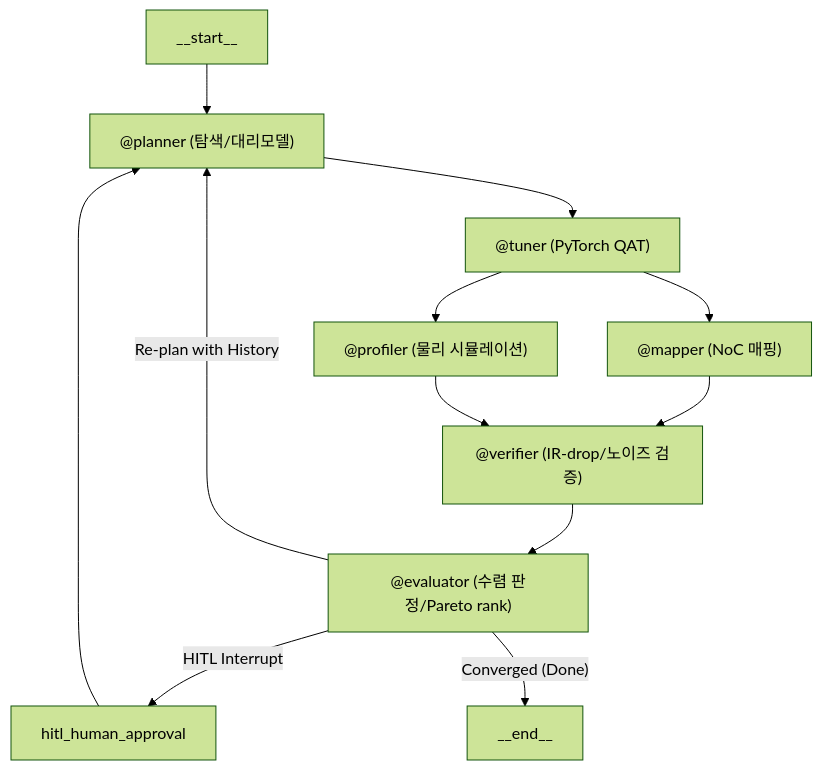
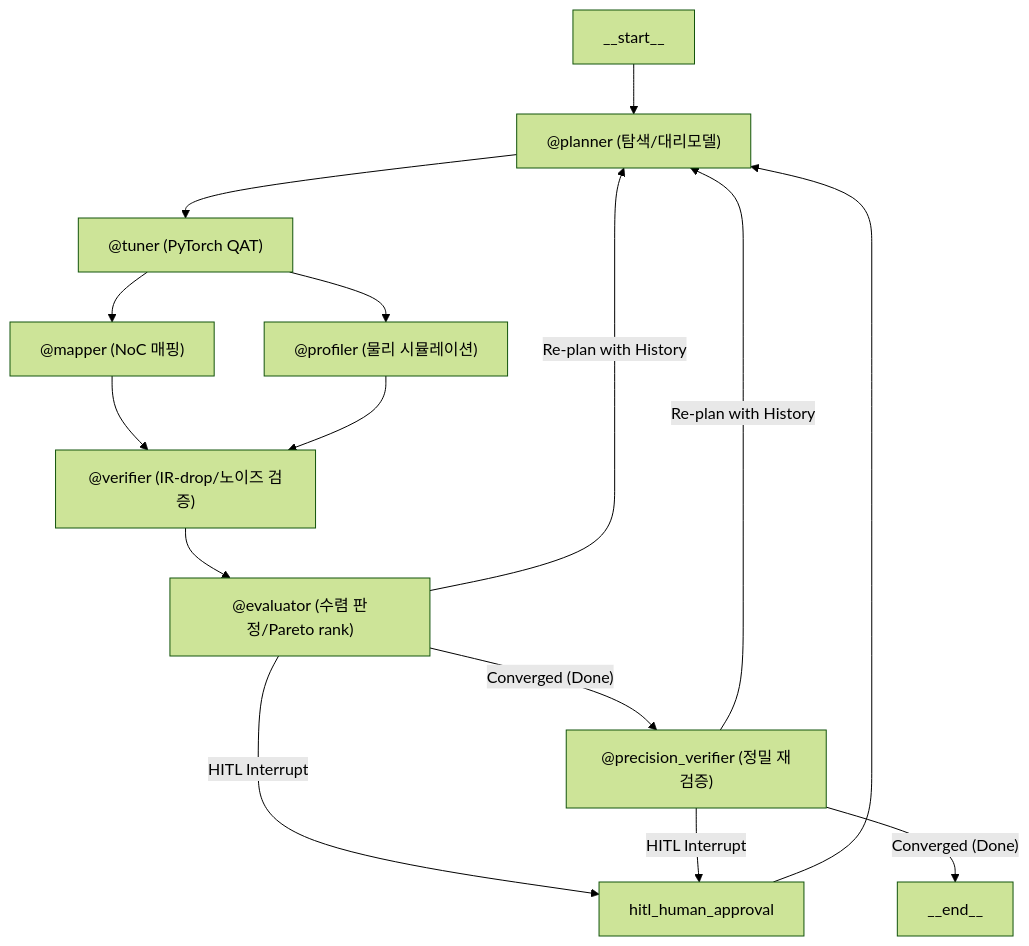
One commit to ong-labs/autocim-agent changed the diagram in README.md. Above: the diagram before and after it, drawn with Mermaid (forest theme). The commit also changed other lines of this file, not shown here.

First line of the commit message:
docs: document precision_verifier, calibration defaults, known gaps

````diff
--- a/README.md
+++ b/README.md
@@ -9,19 +9,23 @@
 ```mermaid
 graph TD
     START[__start__] --> planner["@planner (탐색/대리모델)"]
     planner --> tuner["@tuner (PyTorch QAT)"]
 
     tuner --> mapper["@mapper (NoC 매핑)"]
     tuner --> profiler["@profiler (물리 시뮬레이션)"]
 
     mapper --> verifier["@verifier (IR-drop/노이즈 검증)"]
     profiler --> verifier
 
     verifier --> evaluator["@evaluator (수렴 판정/Pareto rank)"]
 
     evaluator -- "Re-plan with History" --> planner
     evaluator -- "HITL Interrupt" --> hitl["hitl_human_approval"]
-    evaluator -- "Converged (Done)" --> END[__end__]
+    evaluator -- "Converged (Done)" --> precision["@precision_verifier (정밀 재검증)"]
+
+    precision -- "Re-plan with History" --> planner
+    precision -- "HITL Interrupt" --> hitl
+    precision -- "Converged (Done)" --> END[__end__]
 
     hitl --> planner
 ```
````
